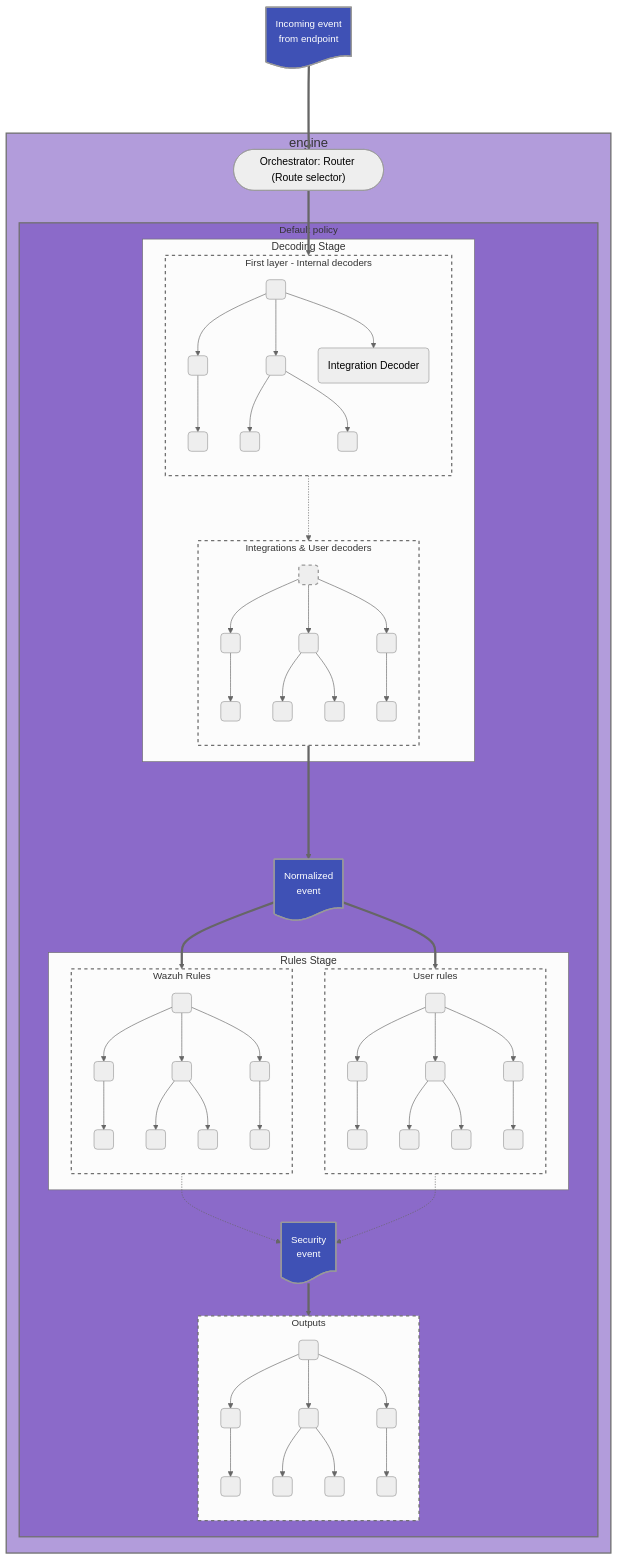
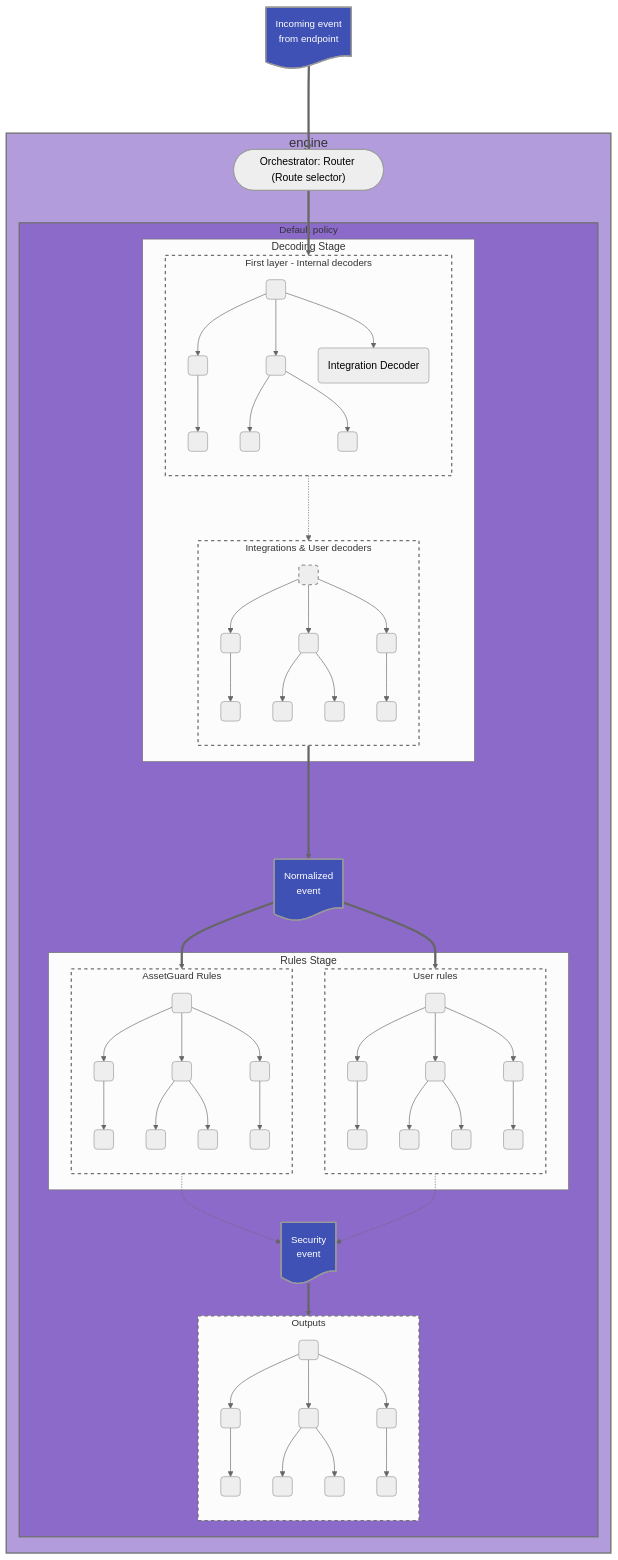
The ninth of 15 diagrams in docs/ref/modules/engine/README.md (Ghostofpotato/AssetGuard), drawn with Mermaid (neutral theme) before and after one commit. The commit also changed other lines of this file and 4032 other files, not shown here.

First line of the commit message:
Rebrand: replace all Wazuh references with AssetGuard

```diff
--- a/docs/ref/modules/engine/README.md
+++ b/docs/ref/modules/engine/README.md
@@ -608,22 +608,22 @@
 %%           Rules Stage
 %% --------------------------------------
 
- subgraph wazuhRulesTree["Wazuh Rules"]
+ subgraph assetguardRulesTree["AssetGuard Rules"]
   direction TB
 
-  wazuhRules01(" ")
-  wazuhRules02(" ")
-  wazuhRules03(" ")
-  wazuhRules04(" ")
-  wazuhRules05(" ")
-  wazuhRules06(" ")
-  wazuhRules07(" ")
-  wazuhRules08(" ")
+  assetguardRules01(" ")
+  assetguardRules02(" ")
+  assetguardRules03(" ")
+  assetguardRules04(" ")
+  assetguardRules05(" ")
+  assetguardRules06(" ")
+  assetguardRules07(" ")
+  assetguardRules08(" ")
 
-  wazuhRules01 --> wazuhRules02 & wazuhRules03 & wazuhRules04
-  wazuhRules02 --> wazuhRules05
-  wazuhRules03 --> wazuhRules06 & wazuhRules07
-  wazuhRules04 --> wazuhRules08
+  assetguardRules01 --> assetguardRules02 & assetguardRules03 & assetguardRules04
+  assetguardRules02 --> assetguardRules05
+  assetguardRules03 --> assetguardRules06 & assetguardRules07
+  assetguardRules04 --> assetguardRules08
  end
 
  subgraph userRulesTree["User rules"]
@@ -648,7 +648,7 @@
 
 
 subgraph ruleStage["Rules Stage"]
- wazuhRulesTree:::TreeBoxClass
+ assetguardRulesTree:::TreeBoxClass
  userRulesTree:::TreeBoxClass
 end
 
@@ -657,7 +657,7 @@
 securityEvent:::EventBoxClass
 
 %% Pipieline
-eventNormalized==>wazuhRulesTree & userRulesTree-.->securityEvent
+eventNormalized==>assetguardRulesTree & userRulesTree-.->securityEvent
 
 %% --------------------------------------
 %%           Output Stage
```
